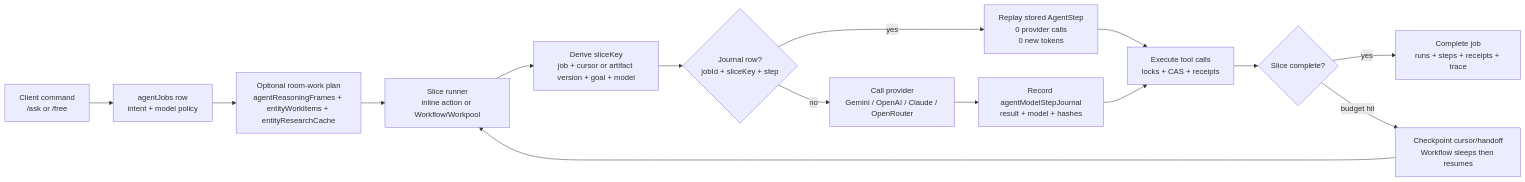
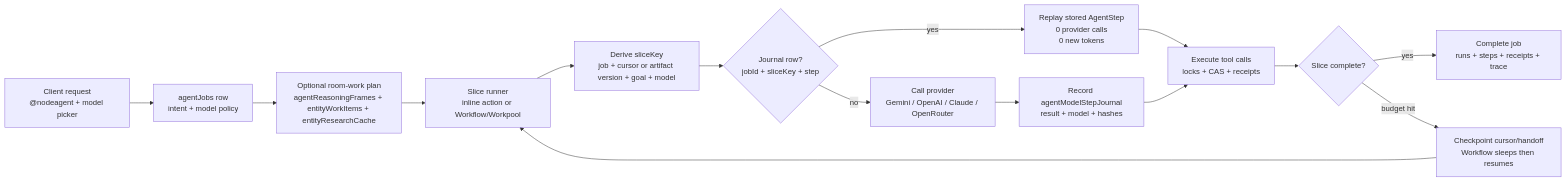
Before and after one commit to HomenShum/NodeRoom: the first of 4 diagrams in README.md, drawn with Mermaid. The commit also changed other lines of this file and 14 other files, not shown here.

````diff
--- a/README.md
+++ b/README.md
@@ -640,17 +641,17 @@
 ```mermaid
 flowchart LR
-  A["Client command<br/>/ask or /free"] --> B["agentJobs row<br/>intent + model policy"]
+  A["Client request<br/>@nodeagent + model picker"] --> B["agentJobs row<br/>intent + model policy"]
   B --> C0["Optional room-work plan<br/>agentReasoningFrames + entityWorkItems + entityResearchCache"]
   C0 --> C["Slice runner<br/>inline action or Workflow/Workpool"]
   C --> D["Derive sliceKey<br/>job + cursor or artifact version + goal + model"]
   D --> E{"Journal row?<br/>jobId + sliceKey + step"}
   E -- "yes" --> F["Replay stored AgentStep<br/>0 provider calls<br/>0 new tokens"]
   E -- "no" --> G["Call provider<br/>Gemini / OpenAI / Claude / OpenRouter"]
   G --> H["Record agentModelStepJournal<br/>result + model + hashes"]
   F --> I["Execute tool calls<br/>locks + CAS + receipts"]
   H --> I
   I --> J{"Slice complete?"}
   J -- "yes" --> K["Complete job<br/>runs + steps + receipts + trace"]
   J -- "budget hit" --> L["Checkpoint cursor/handoff<br/>Workflow sleeps then resumes"]
   L --> C
 ```
````
